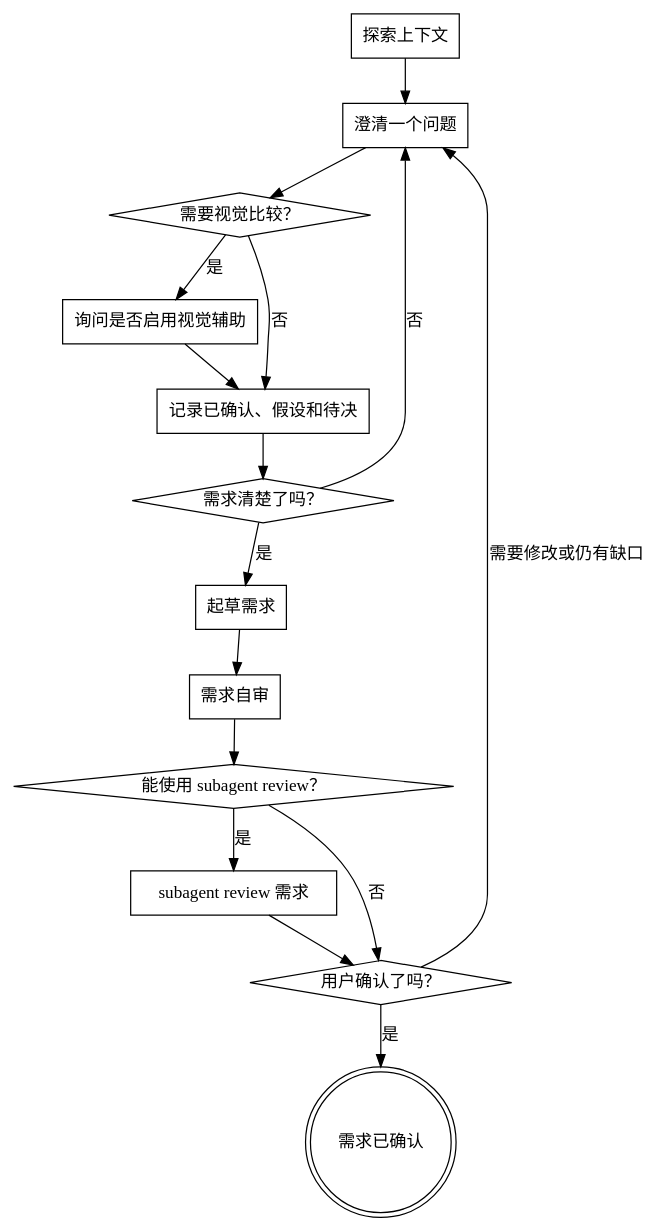
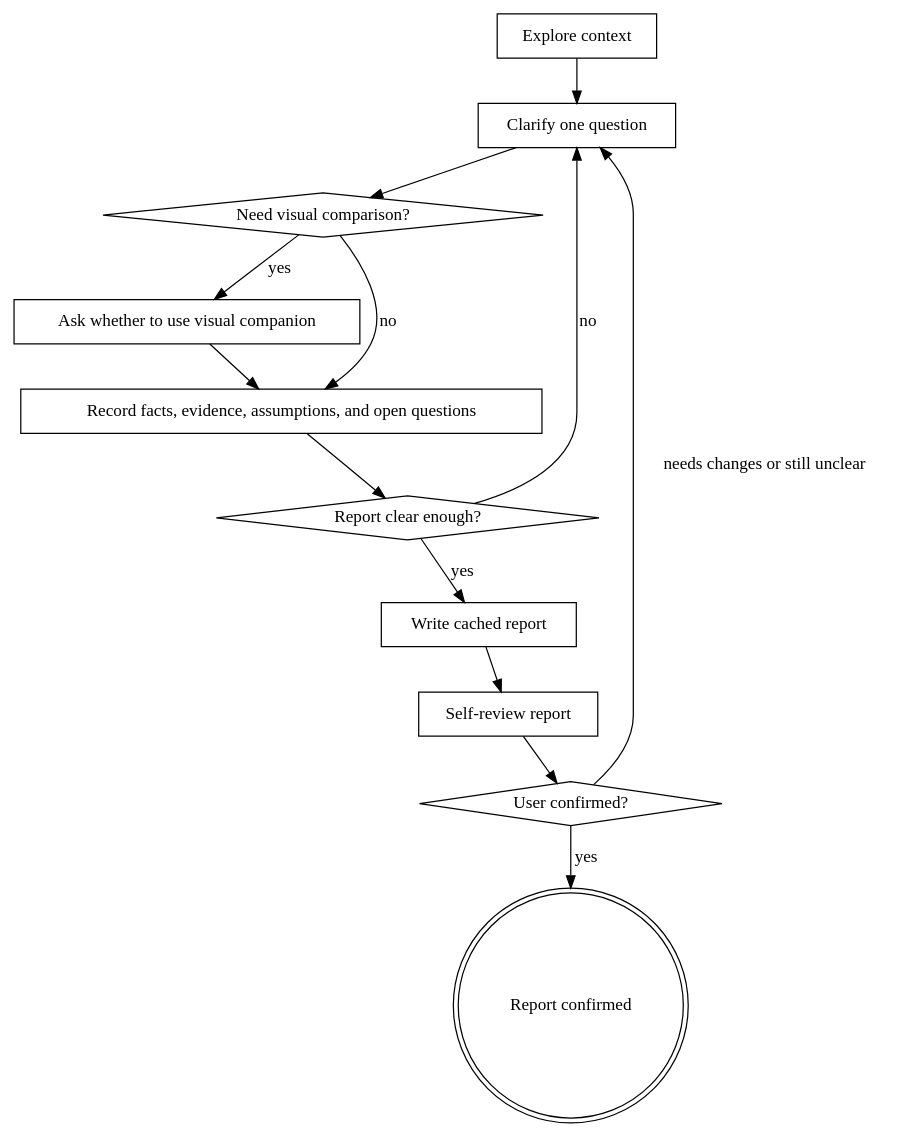
The diagram in skills/brainstorming/SKILL.md (Aturan/skills), drawn with Graphviz before and after one commit. The commit also changed other lines of this file and 6 other files, not shown here.

````diff
--- a/skills/brainstorming/SKILL.md
+++ b/skills/brainstorming/SKILL.md
@@ -49,32 +20,27 @@
 ```dot
 digraph brainstorming {
-    "探索上下文" [shape=box];
-    "澄清一个问题" [shape=box];
-    "需要视觉比较？" [shape=diamond];
-    "询问是否启用视觉辅助" [shape=box];
-    "记录已确认、假设和待决" [shape=box];
-    "需求清楚了吗？" [shape=diamond];
-    "起草需求" [shape=box];
-    "需求自审" [shape=box];
-    "能使用 subagent review？" [shape=diamond];
-    "subagent review 需求" [shape=box];
-    "用户确认了吗？" [shape=diamond];
-    "需求已确认" [shape=doublecircle];
+    "Explore context" [shape=box];
+    "Clarify one question" [shape=box];
+    "Need visual comparison?" [shape=diamond];
+    "Ask whether to use visual companion" [shape=box];
+    "Record facts, evidence, assumptions, and open questions" [shape=box];
+    "Report clear enough?" [shape=diamond];
+    "Write cached report" [shape=box];
+    "Self-review report" [shape=box];
+    "User confirmed?" [shape=diamond];
+    "Report confirmed" [shape=doublecircle];
 
-    "探索上下文" -> "澄清一个问题";
-    "澄清一个问题" -> "需要视觉比较？";
-    "需要视觉比较？" -> "询问是否启用视觉辅助" [label="是"];
-    "需要视觉比较？" -> "记录已确认、假设和待决" [label="否"];
-    "询问是否启用视觉辅助" -> "记录已确认、假设和待决";
-    "记录已确认、假设和待决" -> "需求清楚了吗？";
-    "需求清楚了吗？" -> "澄清一个问题" [label="否"];
-    "需求清楚了吗？" -> "起草需求" [label="是"];
-    "起草需求" -> "需求自审";
-    "需求自审" -> "能使用 subagent review？";
-    "能使用 subagent review？" -> "subagent review 需求" [label="是"];
-    "能使用 subagent review？" -> "用户确认了吗？" [label="否"];
-    "subagent review 需求" -> "用户确认了吗？";
-    "用户确认了吗？" -> "澄清一个问题" [label="需要修改或仍有缺口"];
-    "用户确认了吗？" -> "需求已确认" [label="是"];
+    "Explore context" -> "Clarify one question";
+    "Clarify one question" -> "Need visual comparison?";
+    "Need visual comparison?" -> "Ask whether to use visual companion" [label="yes"];
+    "Need visual comparison?" -> "Record facts, evidence, assumptions, and open questions" [label="no"];
+    "Ask whether to use visual companion" -> "Record facts, evidence, assumptions, and open questions";
+    "Record facts, evidence, assumptions, and open questions" -> "Report clear enough?";
+    "Report clear enough?" -> "Clarify one question" [label="no"];
+    "Report clear enough?" -> "Write cached report" [label="yes"];
+    "Write cached report" -> "Self-review report";
+    "Self-review report" -> "User confirmed?";
+    "User confirmed?" -> "Clarify one question" [label="needs changes or still unclear"];
+    "User confirmed?" -> "Report confirmed" [label="yes"];
 }
 ```
````
